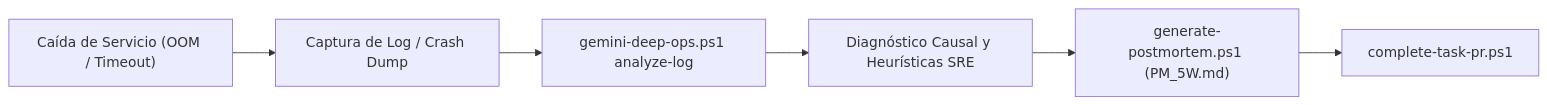
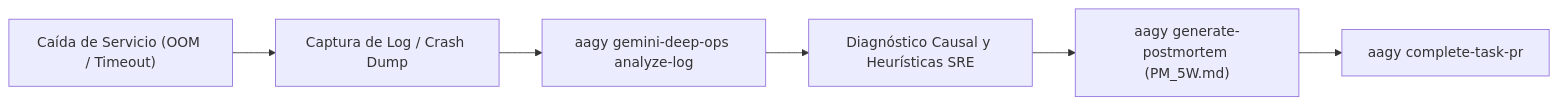
One commit to ACB75/aagy changed the diagram in doc/04-operations/runbooks/MANUAL_gemini_deep_ops_multimodal.md. Above: the diagram before and after it, drawn with Mermaid. The commit also changed other lines of this file and 148 other files, not shown here.

````diff
--- a/doc/04-operations/runbooks/MANUAL_gemini_deep_ops_multimodal.md
+++ b/doc/04-operations/runbooks/MANUAL_gemini_deep_ops_multimodal.md
@@ -24,8 +24,8 @@
 ```mermaid
 flowchart LR
     Outage["Caída de Servicio (OOM / Timeout)"] --> DumpLog["Captura de Log / Crash Dump"]
-    DumpLog --> DeepOps["gemini-deep-ops.ps1 analyze-log"]
+    DumpLog --> DeepOps["aagy gemini-deep-ops analyze-log"]
     DeepOps --> Diagnosis["Diagnóstico Causal y Heurísticas SRE"]
-    Diagnosis --> PostMortem["generate-postmortem.ps1 (PM_5W.md)"]
-    PostMortem --> PR["complete-task-pr.ps1"]
+    Diagnosis --> PostMortem["aagy generate-postmortem (PM_5W.md)"]
+    PostMortem --> PR["aagy complete-task-pr"]
 ```
````
